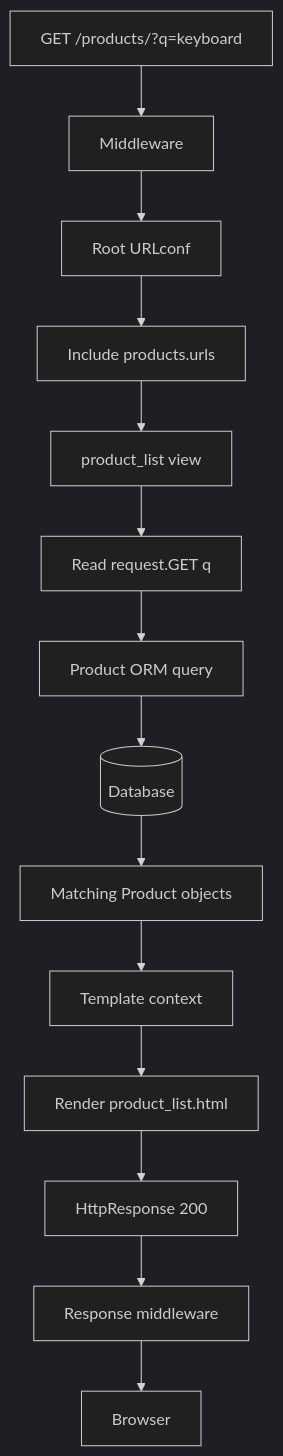
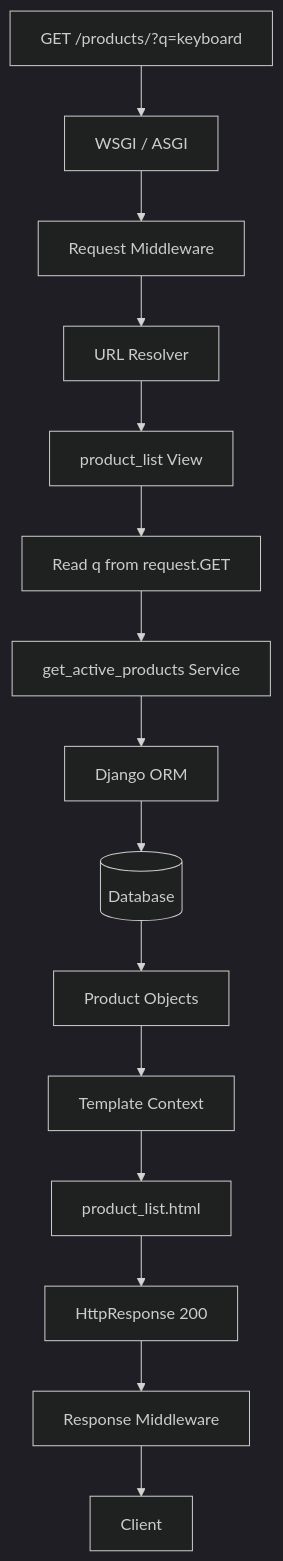
Before and after one commit to AvadhBhalodiya/Interview-Preparation: the seventh of 9 diagrams in src/content/django/mtv-request-response-cycle.md, drawn with Mermaid (dark theme). The commit also changed other lines of this file and 80 other files, not shown here.

````diff
--- a/src/content/django/mtv-request-response-cycle.md
+++ b/src/content/django/mtv-request-response-cycle.md
@@ -991,16 +894,18 @@
 ```mermaid
 flowchart TD
-    A[GET /products/?q=keyboard] --> B[Middleware]
-    B --> C[Root URLconf]
-    C --> D[Include products.urls]
-    D --> E[product_list view]
-    E --> F[Read request.GET q]
-    F --> G[Product ORM query]
-    G --> H[(Database)]
-    H --> I[Matching Product objects]
-    I --> J[Template context]
-    J --> K[Render product_list.html]
-    K --> L[HttpResponse 200]
-    L --> M[Response middleware]
-    M --> N[Browser]
+    A["GET /products/?q=keyboard"]
+    A --> B[WSGI / ASGI]
+    B --> C[Request Middleware]
+    C --> D[URL Resolver]
+    D --> E[product_list View]
+    E --> F[Read q from request.GET]
+    F --> G[get_active_products Service]
+    G --> H[Django ORM]
+    H --> I[(Database)]
+    I --> J[Product Objects]
+    J --> K[Template Context]
+    K --> L[product_list.html]
+    L --> M[HttpResponse 200]
+    M --> N[Response Middleware]
+    N --> O[Client]
 ```
````
